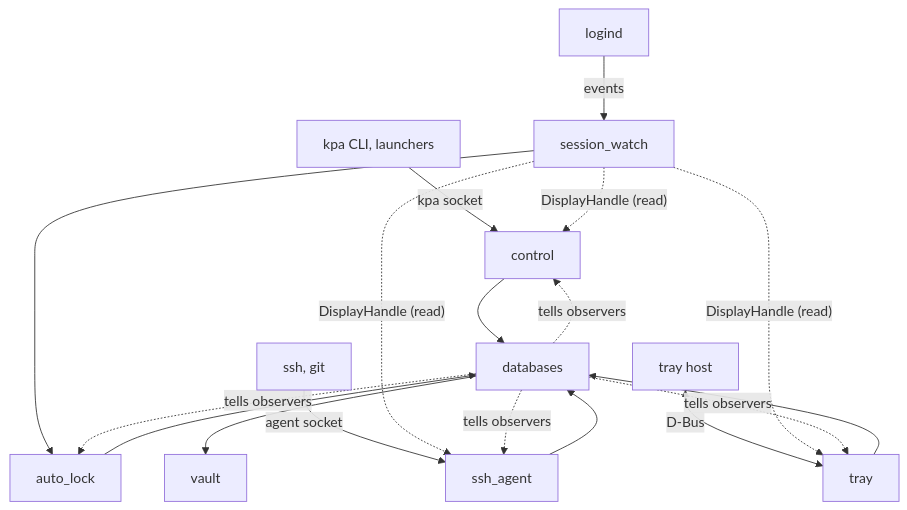
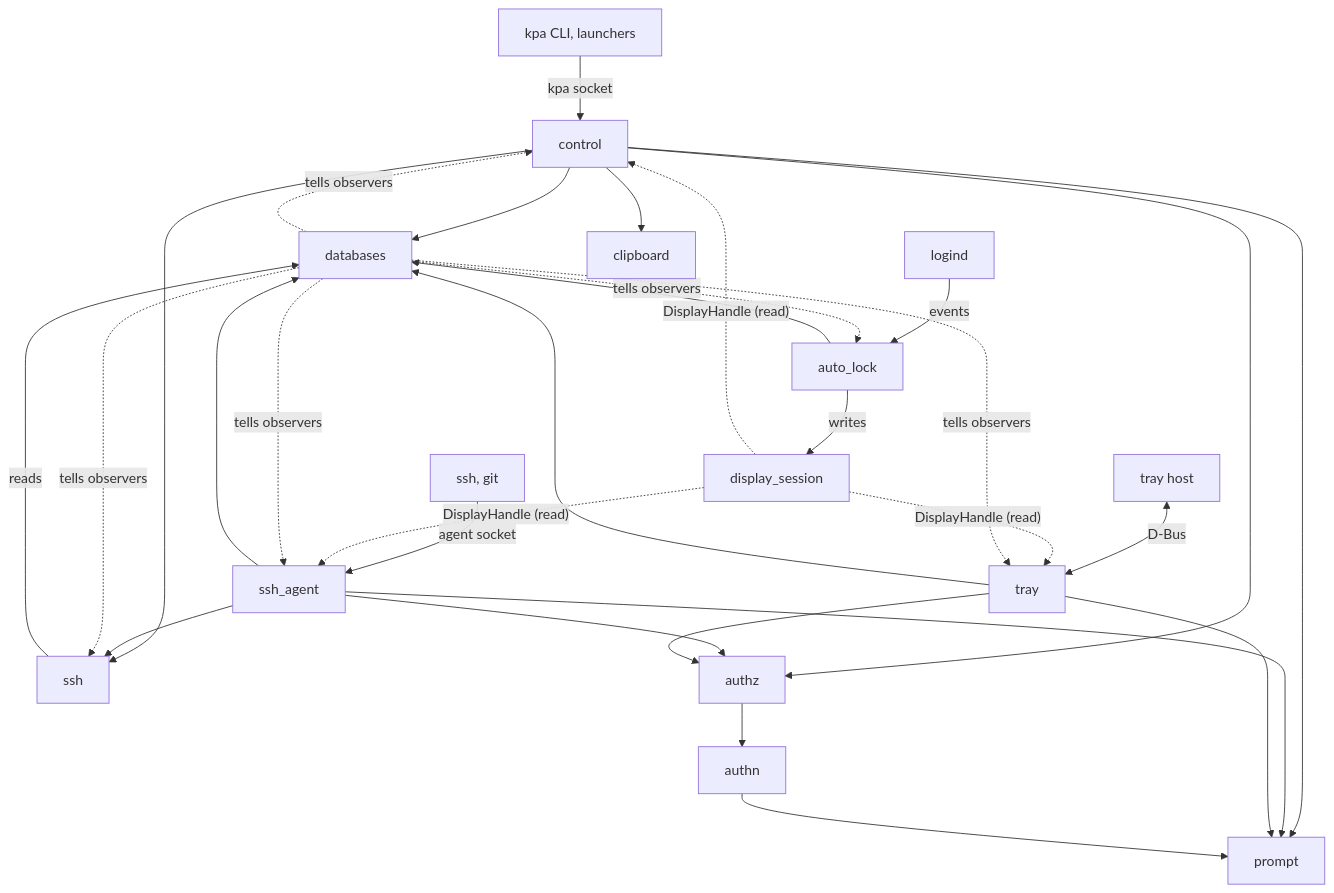
The diagram in docs/architecture.md (n6g7/kpa), drawn with Mermaid before and after one commit. The commit also changed other lines of this file, not shown here.

Commit message:
docs(architecture): the agreed layout, approvals, the agent's unlock and auto_lock's logind

````diff
--- a/docs/architecture.md
+++ b/docs/architecture.md
@@ -40,20 +44,32 @@
 ```mermaid
 graph TD
     cli["kpa CLI, launchers"] -->|"kpa socket"| control
-    ssh["ssh, git"] -->|"agent socket"| ssh_agent
+    client["ssh, git"] -->|"agent socket"| ssh_agent
     bus["tray host"] <-->|"D-Bus"| tray
-    logind["logind"] -->|"events"| session_watch
-    session_watch --> auto_lock
-    session_watch -.->|"DisplayHandle (read)"| control
-    session_watch -.->|"DisplayHandle (read)"| ssh_agent
-    session_watch -.->|"DisplayHandle (read)"| tray
+    logind["logind"] -->|"events"| auto_lock
+    auto_lock -->|"writes"| display_session
+    display_session -.->|"DisplayHandle (read)"| control
+    display_session -.->|"DisplayHandle (read)"| ssh_agent
+    display_session -.->|"DisplayHandle (read)"| tray
     control --> databases
     ssh_agent --> databases
     tray --> databases
     auto_lock --> databases
-    databases --> vault
+    control --> ssh
+    ssh_agent --> ssh
+    ssh -->|"reads"| databases
+    control --> clipboard
+    control --> prompt
+    ssh_agent --> prompt
+    tray --> prompt
+    control --> authz
+    ssh_agent --> authz
+    tray --> authz
+    authz --> authn
+    authn --> prompt
     databases -. "tells observers" .-> control
     databases -. "tells observers" .-> ssh_agent
+    databases -. "tells observers" .-> ssh
     databases -. "tells observers" .-> tray
     databases -. "tells observers" .-> auto_lock
 ```
````
